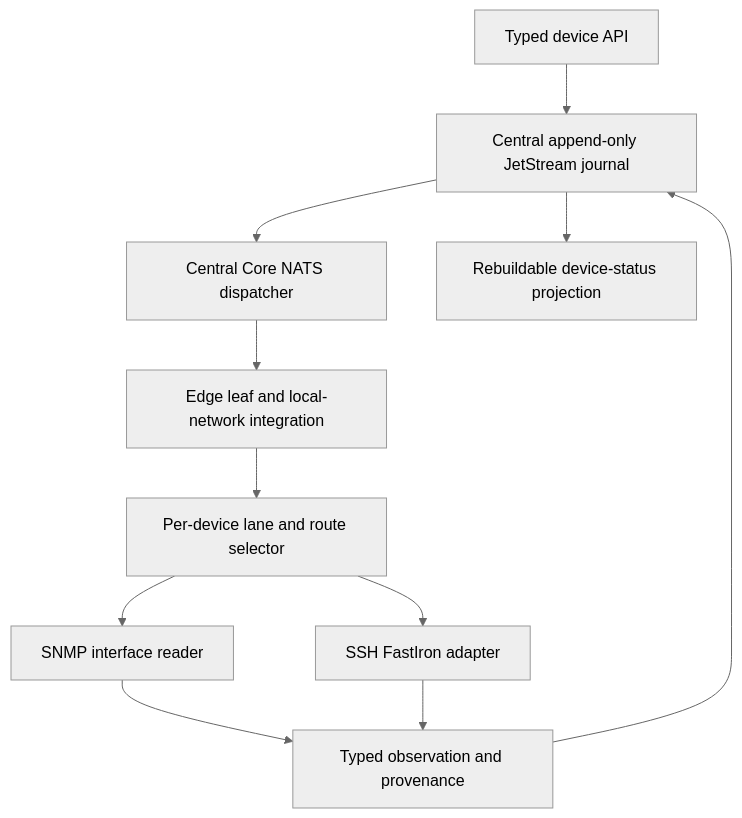
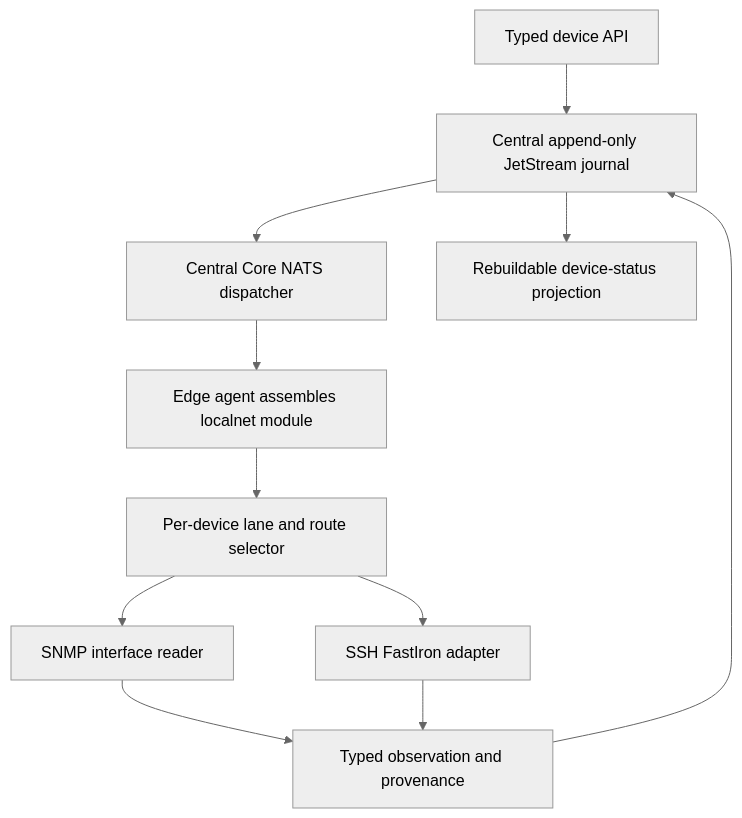
Before and after one commit to Aledantee/FlowSeer: the first of 3 diagrams in docs/plans/2026-09-05-1709-feat-verified-local-device-access-plan.md, drawn with Mermaid (neutral theme). The commit also changed other lines of this file, not shown here.

First line of the commit message:
docs(device): align access plan with edge contracts

````diff
--- a/docs/plans/2026-09-05-1709-feat-verified-local-device-access-plan.md
+++ b/docs/plans/2026-09-05-1709-feat-verified-local-device-access-plan.md
@@ -156,7 +156,7 @@
 ```mermaid
 flowchart TB
-  API[Typed device API] --> CJ[Central append-only JetStream journal] --> DI[Central Core NATS dispatcher] --> EI[Edge leaf and local-network integration] --> LN[Per-device lane and route selector]
+  API[Typed device API] --> CJ[Central append-only JetStream journal] --> DI[Central Core NATS dispatcher] --> EI[Edge agent assembles localnet module] --> LN[Per-device lane and route selector]
   LN --> SN[SNMP interface reader] --> OB[Typed observation and provenance] --> CJ
   LN --> SH[SSH FastIron adapter] --> OB
   CJ --> ST[Rebuildable device-status projection]
 ```
````
